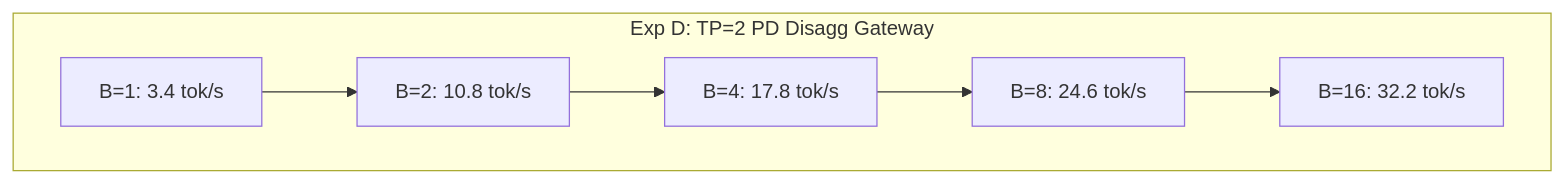
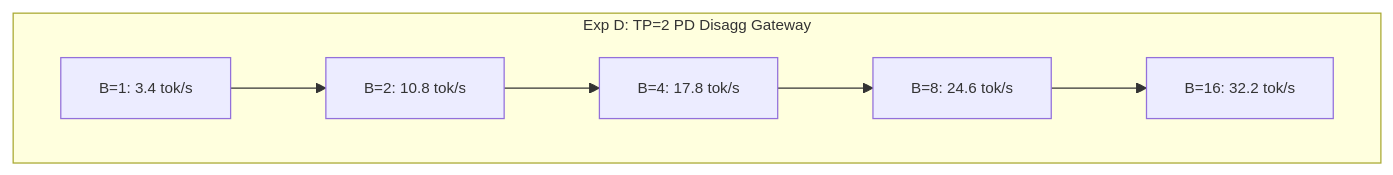
The third of 4 diagrams in guides/pd-disaggregation/modelserver/aiu/docs/disagg-pd-performance-comparison-analysis.md (vknaik/llm-d), drawn with Mermaid before and after one commit. The commit also changed other lines of this file and 5 other files, not shown here.

````diff
--- a/guides/pd-disaggregation/modelserver/aiu/docs/disagg-pd-performance-comparison-analysis.md
+++ b/guides/pd-disaggregation/modelserver/aiu/docs/disagg-pd-performance-comparison-analysis.md
@@ -541,9 +551,10 @@
 ```mermaid
-graph TD    
+%%{init: {'themeVariables': {'fontSize': '12px', 'fontFamily': 'IBM Plex Sans, sans-serif'}}}%%
+graph TD
     subgraph Disagg_TP2 [Exp D: TP=2 PD Disagg Gateway]
         D1[B=1: 3.4 tok/s] --> D2[B=2: 10.8 tok/s]
         D2 --> D4[B=4: 17.8 tok/s]
         D4 --> D8[B=8: 24.6 tok/s]
         D8 --> D16[B=16: 32.2 tok/s]
     end
 ```
````
